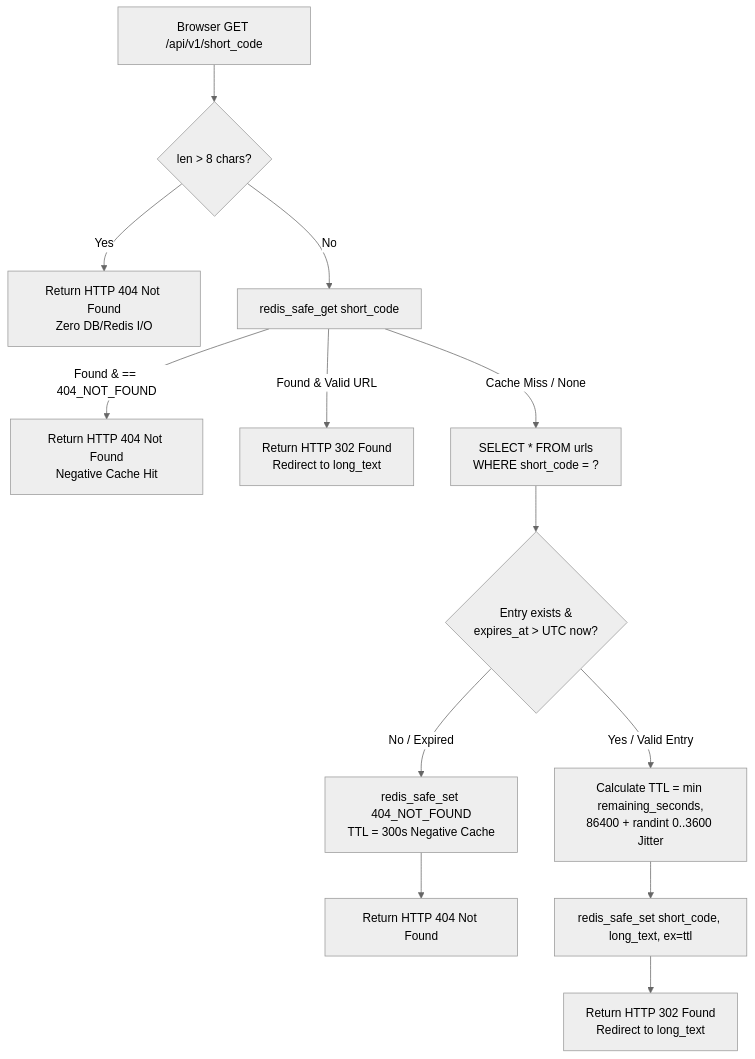
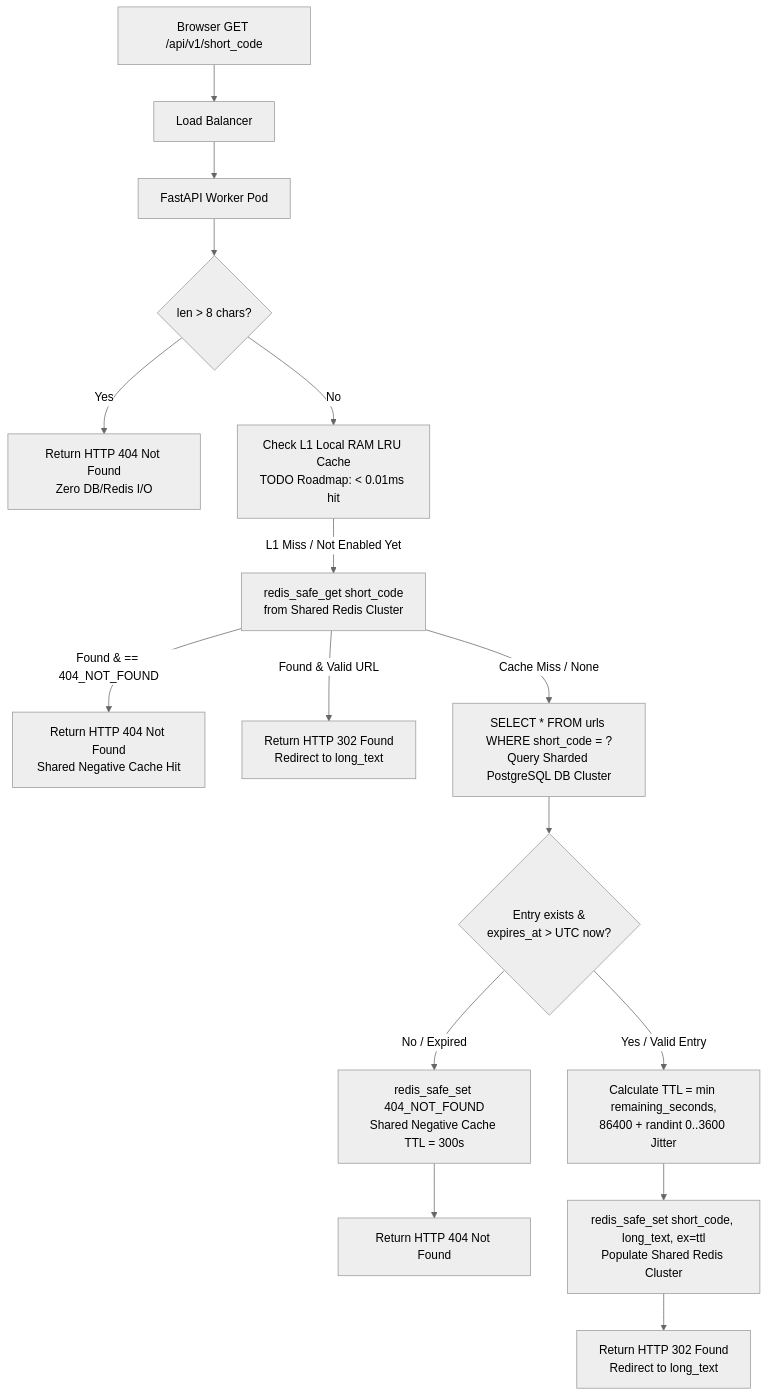
The fourth of 4 diagrams in README.md (AnuragPandey01/System-Design-URL-Shortener), drawn with Mermaid (neutral theme) before and after one commit. The commit also changed other lines of this file, not shown here.

````diff
--- a/README.md
+++ b/README.md
@@ -246,19 +276,24 @@
 ```mermaid
 graph TD
-    Client[Browser GET /api/v1/short_code] --> A{len > 8 chars?}
-    A -->|Yes| B[Return HTTP 404 Not Found<br/>Zero DB/Redis I/O]
-    A -->|No| C[redis_safe_get short_code]
+    Client[Browser GET /api/v1/short_code] --> LB[Load Balancer]
+    LB --> A[FastAPI Worker Pod]
     
-    C -->|Found & == 404_NOT_FOUND| D[Return HTTP 404 Not Found<br/>Negative Cache Hit]
-    C -->|Found & Valid URL| E[Return HTTP 302 Found<br/>Redirect to long_text]
+    A --> B{len > 8 chars?}
+    B -->|Yes| C[Return HTTP 404 Not Found<br/>Zero DB/Redis I/O]
+    B -->|No| D[Check L1 Local RAM LRU Cache<br/>TODO Roadmap: < 0.01ms hit]
     
-    C -->|Cache Miss / None| F[SELECT * FROM urls<br/>WHERE short_code = ?]
-    F --> G{Entry exists &<br/>expires_at > UTC now?}
+    D -->|L1 Miss / Not Enabled Yet| E[redis_safe_get short_code<br/>from Shared Redis Cluster]
     
-    G -->|No / Expired| H[redis_safe_set 404_NOT_FOUND<br/>TTL = 300s Negative Cache]
-    H --> I[Return HTTP 404 Not Found]
+    E -->|Found & == 404_NOT_FOUND| F[Return HTTP 404 Not Found<br/>Shared Negative Cache Hit]
+    E -->|Found & Valid URL| G[Return HTTP 302 Found<br/>Redirect to long_text]
     
-    G -->|Yes / Valid Entry| J[Calculate TTL = min remaining_seconds,<br/>86400 + randint 0..3600 Jitter]
-    J --> K[redis_safe_set short_code, long_text, ex=ttl]
-    K --> L[Return HTTP 302 Found<br/>Redirect to long_text]
+    E -->|Cache Miss / None| H[SELECT * FROM urls WHERE short_code = ?<br/>Query Sharded PostgreSQL DB Cluster]
+    H --> I{Entry exists &<br/>expires_at > UTC now?}
+    
+    I -->|No / Expired| J[redis_safe_set 404_NOT_FOUND<br/>Shared Negative Cache TTL = 300s]
+    J --> K[Return HTTP 404 Not Found]
+    
+    I -->|Yes / Valid Entry| L[Calculate TTL = min remaining_seconds,<br/>86400 + randint 0..3600 Jitter]
+    L --> M[redis_safe_set short_code, long_text, ex=ttl<br/>Populate Shared Redis Cluster]
+    M --> N[Return HTTP 302 Found<br/>Redirect to long_text]
 ```
````
